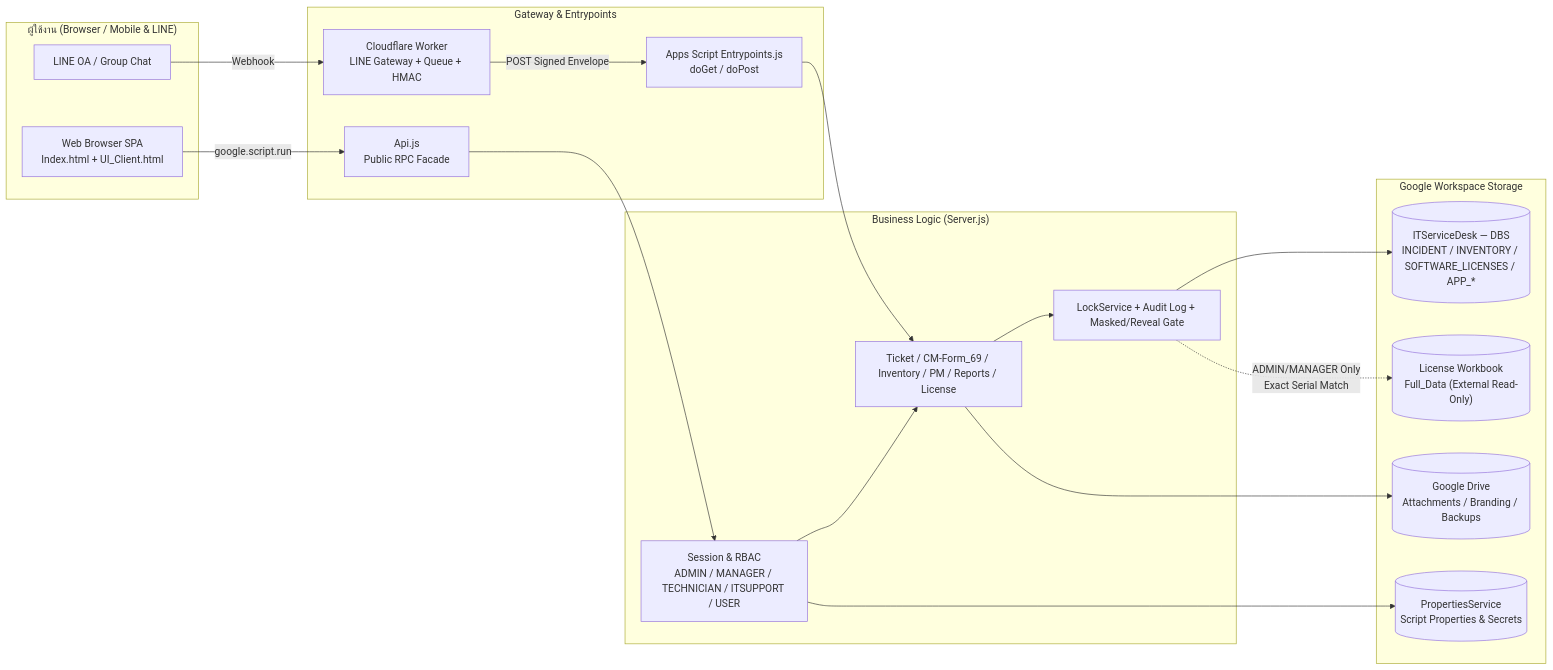
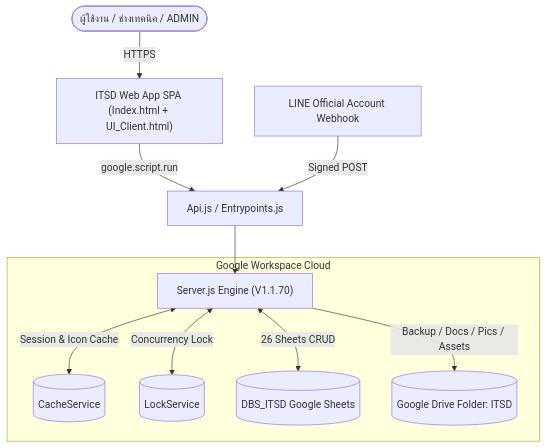
Before and after one commit to thakot-cloud/ITServiceDesk: the first of 2 diagrams in README.md, drawn with Mermaid. The commit also changed other lines of this file and 26 other files, not shown here.

Commit message:
ITSD V1.2.08: Standardize repository structure, src/ and Server/ directories, and complete documentation suite

````diff
--- a/README.md
+++ b/README.md
@@ -23,36 +65,15 @@
 ```mermaid
-flowchart LR
-  subgraph Users["ผู้ใช้งาน (Browser / Mobile & LINE)"]
-    WEB["Web Browser SPA<br/>Index.html + UI_Client.html"]
-    LINE["LINE OA / Group Chat"]
-  end
+flowchart TD
+    User(["ผู้ใช้งาน / ช่างเทคนิค / ADMIN"]) -->|HTTPS| WebApp["ITSD Web App SPA (Index.html + UI_Client.html)"]
+    WebApp -->|google.script.run| Facade["Api.js / Entrypoints.js"]
+    Facade --> Core["Server.js Engine (V1.1.70)"]
 
-  subgraph Edge["Gateway & Entrypoints"]
-    CF["Cloudflare Worker<br/>LINE Gateway + Queue + HMAC"]
-    GAS_EP["Apps Script Entrypoints.js<br/>doGet / doPost"]
-    GAS_API["Api.js<br/>Public RPC Facade"]
-  end
+    subgraph Google["Google Workspace Cloud"]
+        Core <-->|Session & Icon Cache| Cache[("CacheService")]
+        Core <-->|Concurrency Lock| Lock[("LockService")]
+        Core <-->|26 Sheets CRUD| Sheets[("DBS_ITSD Google Sheets")]
+        Core -->|Backup / Docs / Pics / Assets| Drive[("Google Drive Folder: ITSD")]
+    end
 
-  subgraph Core["Business Logic (Server.js)"]
-    AUTH["Session & RBAC<br/>ADMIN / MANAGER / TECHNICIAN / ITSUPPORT / USER"]
-    SVC["Ticket / CM-Form_69 / Inventory / PM / Reports / License"]
-    SEC["LockService + Audit Log + Masked/Reveal Gate"]
-  end
-
-  subgraph Data["Google Workspace Storage"]
-    DBS[("ITServiceDesk — DBS<br/>INCIDENT / INVENTORY / SOFTWARE_LICENSES / APP_*")]
-    LIC[("License Workbook<br/>Full_Data (External Read-Only)")]
-    DRV[("Google Drive<br/>Attachments / Branding / Backups")]
-    PROPS[("PropertiesService<br/>Script Properties & Secrets")]
-  end
-
-  WEB -->|"google.script.run"| GAS_API
-  LINE -->|"Webhook"| CF
-  CF -->|"POST Signed Envelope"| GAS_EP
-  GAS_EP --> SVC
-  GAS_API --> AUTH --> SVC --> SEC
-  SEC --> DBS
-  SEC -.->|"ADMIN/MANAGER Only<br/>Exact Serial Match"| LIC
-  SVC --> DRV
-  AUTH --> PROPS
+    LINE["LINE Official Account Webhook"] -->|Signed POST| Facade
 ```
````
